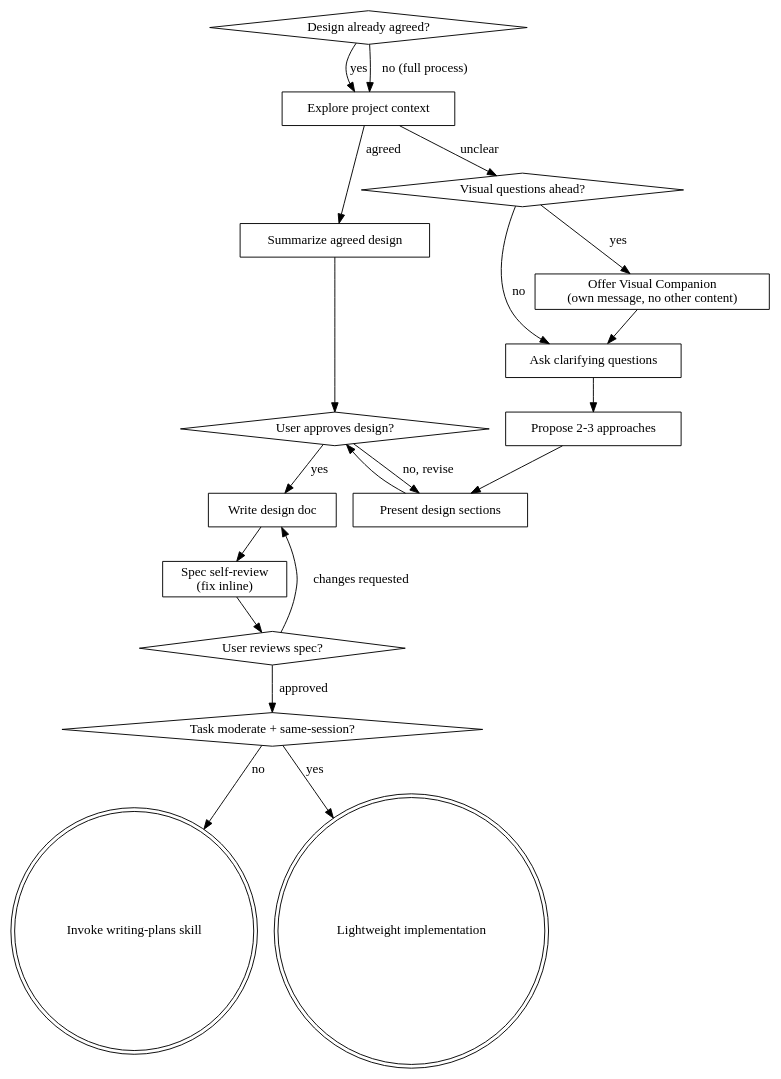
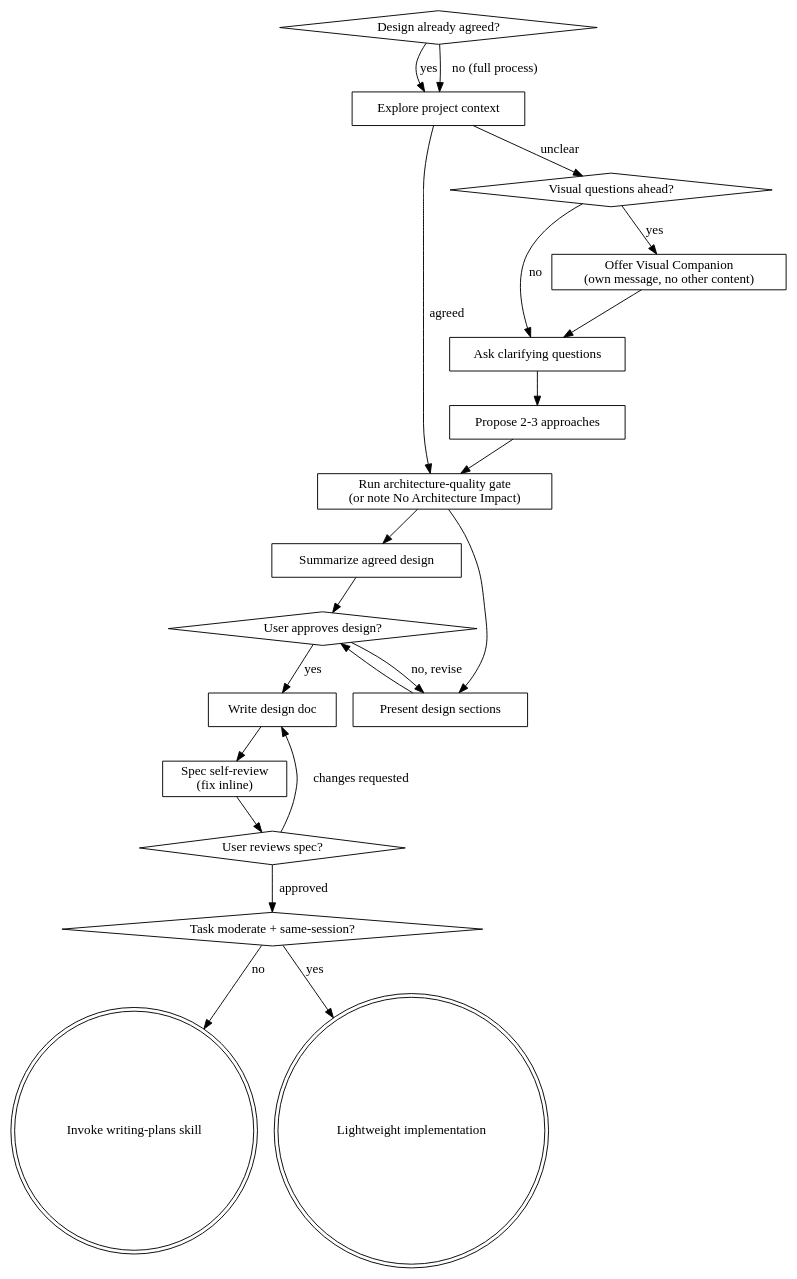
One commit to anortham/razorback changed the diagram in skills/brainstorming/SKILL.md. Above: the diagram before and after it, drawn with Graphviz. The commit also changed other lines of this file and 6 other files, not shown here.

Commit message:
feat: wire architecture-quality workflow gates

````diff
--- a/skills/brainstorming/SKILL.md
+++ b/skills/brainstorming/SKILL.md
@@ -70,41 +71,44 @@
 ```dot
 digraph brainstorming {
     "Design already agreed?" [shape=diamond];
     "Task moderate + same-session?" [shape=diamond];
     "Explore project context" [shape=box];
+    "Run architecture-quality gate\n(or note No Architecture Impact)" [shape=box];
     "Summarize agreed design" [shape=box];
     "Visual questions ahead?" [shape=diamond];
     "Offer Visual Companion\n(own message, no other content)" [shape=box];
     "Ask clarifying questions" [shape=box];
     "Propose 2-3 approaches" [shape=box];
     "Present design sections" [shape=box];
     "User approves design?" [shape=diamond];
     "Write design doc" [shape=box];
     "Spec self-review\n(fix inline)" [shape=box];
     "User reviews spec?" [shape=diamond];
     "Invoke writing-plans skill" [shape=doublecircle];
     "Lightweight implementation" [shape=doublecircle];
 
     "Design already agreed?" -> "Explore project context" [label="yes"];
     "Design already agreed?" -> "Explore project context" [label="no (full process)"];
 
-    "Explore project context" -> "Summarize agreed design" [label="agreed"];
+    "Explore project context" -> "Run architecture-quality gate\n(or note No Architecture Impact)" [label="agreed"];
+    "Run architecture-quality gate\n(or note No Architecture Impact)" -> "Summarize agreed design";
     "Explore project context" -> "Visual questions ahead?" [label="unclear"];
     "Visual questions ahead?" -> "Offer Visual Companion\n(own message, no other content)" [label="yes"];
     "Visual questions ahead?" -> "Ask clarifying questions" [label="no"];
     "Offer Visual Companion\n(own message, no other content)" -> "Ask clarifying questions";
     "Ask clarifying questions" -> "Propose 2-3 approaches";
-    "Propose 2-3 approaches" -> "Present design sections";
+    "Propose 2-3 approaches" -> "Run architecture-quality gate\n(or note No Architecture Impact)";
+    "Run architecture-quality gate\n(or note No Architecture Impact)" -> "Present design sections";
     "Present design sections" -> "User approves design?";
     "Summarize agreed design" -> "User approves design?";
 
     "User approves design?" -> "Present design sections" [label="no, revise"];
     "User approves design?" -> "Write design doc" [label="yes"];
     "Write design doc" -> "Spec self-review\n(fix inline)";
     "Spec self-review\n(fix inline)" -> "User reviews spec?";
     "User reviews spec?" -> "Write design doc" [label="changes requested"];
     "User reviews spec?" -> "Task moderate + same-session?" [label="approved"];
     "Task moderate + same-session?" -> "Lightweight implementation" [label="yes"];
     "Task moderate + same-session?" -> "Invoke writing-plans skill" [label="no"];
 }
 ```
````
